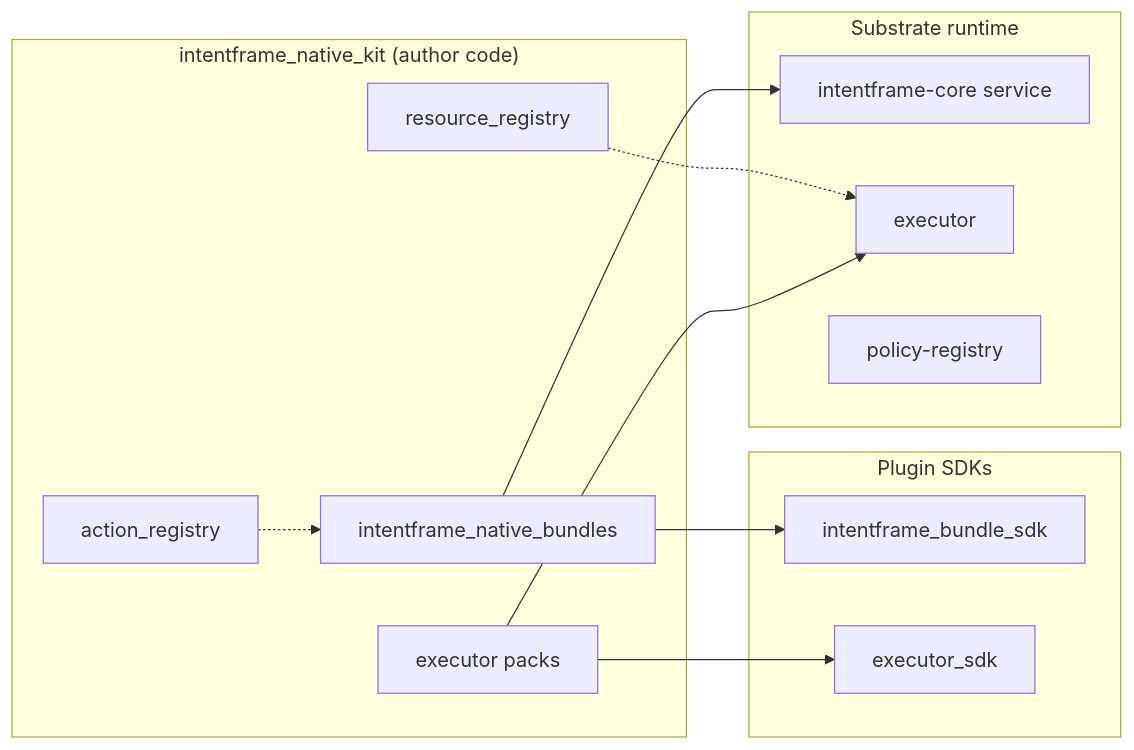
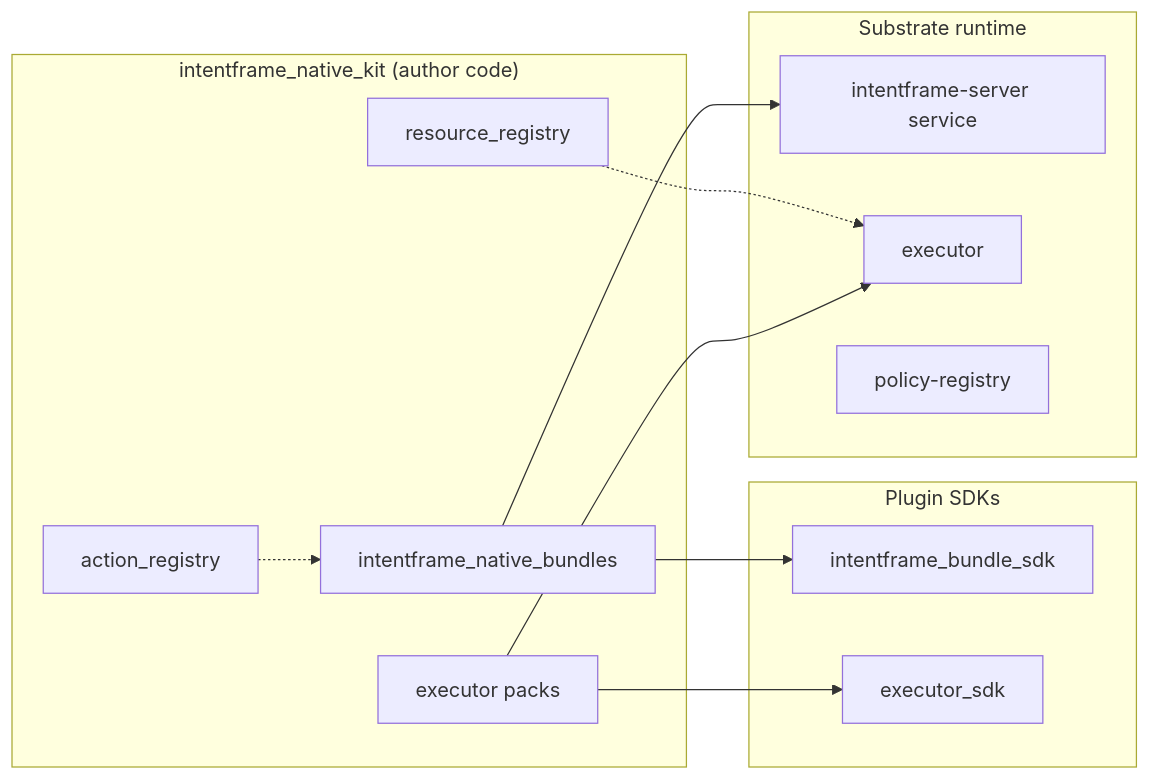
The diagram in packages/intentframe-native-kit/intentframe_native_kit/README.md (intentframe/intentframe), drawn with Mermaid before and after one commit. The commit also changed 28 other files, not shown here.

````diff
--- a/packages/intentframe-native-kit/intentframe_native_kit/README.md
+++ b/packages/intentframe-native-kit/intentframe_native_kit/README.md
@@ -118,24 +118,24 @@
 ```mermaid
 flowchart LR
   subgraph kit ["intentframe_native_kit (author code)"]
     AR[action_registry]
     RR[resource_registry]
     B[intentframe_native_bundles]
     P[executor packs]
   end
   subgraph sdk ["Plugin SDKs"]
     BS[intentframe_bundle_sdk]
     ES[executor_sdk]
   end
   subgraph runtime ["Substrate runtime"]
-    CORE[intentframe-core service]
+    CORE[intentframe-server service]
     EX[executor]
     POL[policy-registry]
   end
   B --> BS
   B --> CORE
   P --> ES
   P --> EX
   AR -.-> B
   RR -.-> EX
 ```
````
